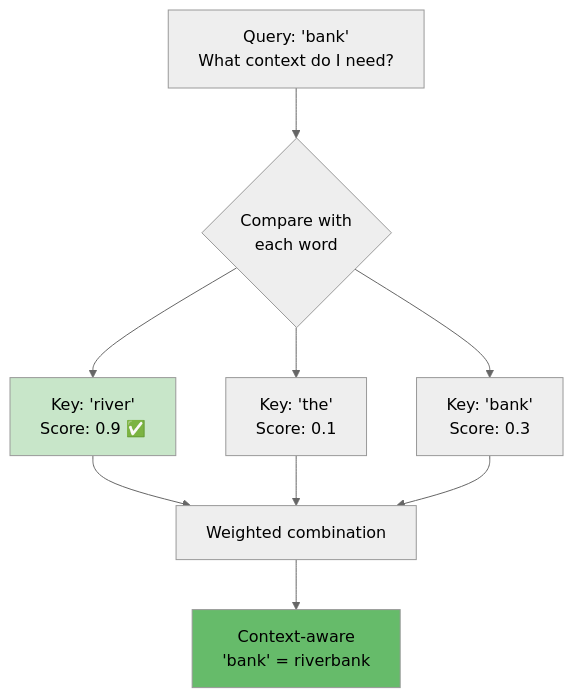
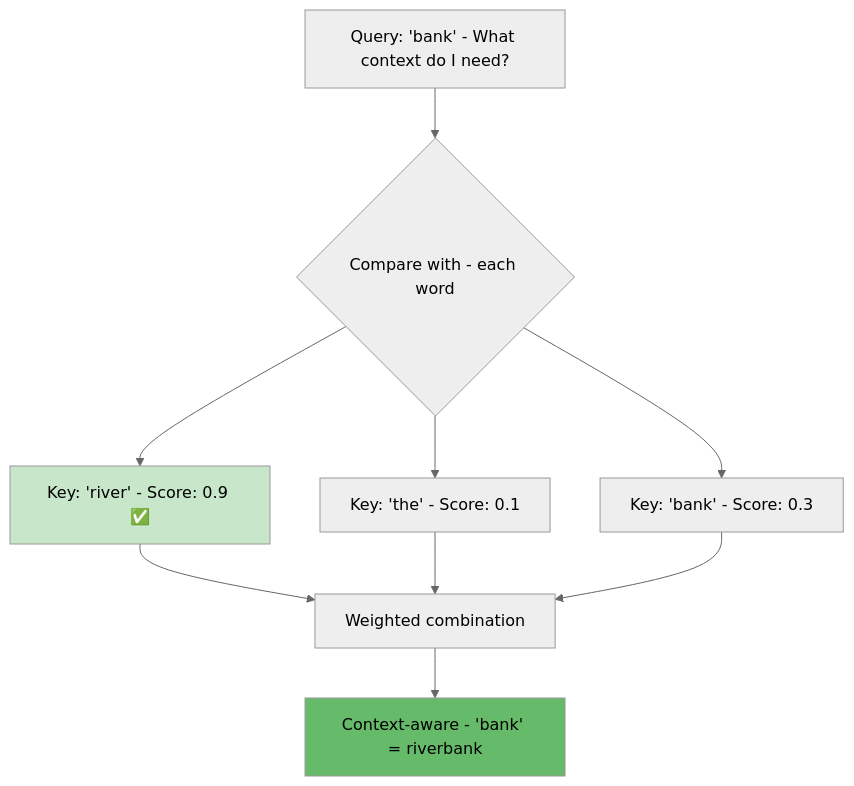
One commit to indhra/llm_rag_sec_findings changed the sixth of 9 diagrams in docs/learning/01-llm-fundamentals.md. Above: the diagram before and after it, drawn with Mermaid (neutral theme). The commit also changed other lines of this file and 9 other files, not shown here.

````diff
--- a/docs/learning/01-llm-fundamentals.md
+++ b/docs/learning/01-llm-fundamentals.md
@@ -207,17 +207,17 @@
 ```mermaid
 graph TD
-    Q[Query: 'bank'<br/>What context do I need?] --> S1{Compare with<br/>each word}
+    Q[Query: 'bank' - What context do I need?] --> S1{Compare with - each word}
     
-    S1 --> K1[Key: 'river'<br/>Score: 0.9 ✅]
-    S1 --> K2[Key: 'the'<br/>Score: 0.1]
-    S1 --> K3[Key: 'bank'<br/>Score: 0.3]
+    S1 --> K1[Key: 'river' - Score: 0.9 ✅]
+    S1 --> K2[Key: 'the' - Score: 0.1]
+    S1 --> K3[Key: 'bank' - Score: 0.3]
     
     K1 --> W[Weighted combination]
     K2 --> W
     K3 --> W
     
-    W --> O[Context-aware<br/>'bank' = riverbank]
+    W --> O[Context-aware - 'bank' = riverbank]
     
     style K1 fill:#c8e6c9
     style O fill:#66bb6a
 ```
````
